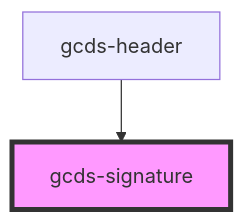
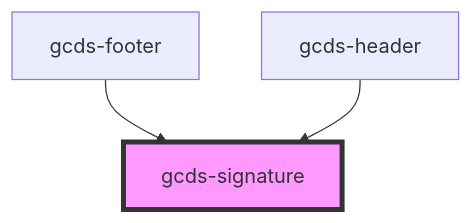
The diagram in src/components/gcds-signature/readme.md (cds-snc/gcds-components), drawn with Mermaid before and after one commit. The commit also changed other lines of this file and 8 other files, not shown here.

Commit message:
Add gcds-footer component

````diff
--- a/src/components/gcds-signature/readme.md
+++ b/src/components/gcds-signature/readme.md
@@ -24,5 +25,6 @@
 ```mermaid
 graph TD;
+  gcds-footer --> gcds-signature
   gcds-header --> gcds-signature
   style gcds-signature fill:#f9f,stroke:#333,stroke-width:4px
 ```
````
